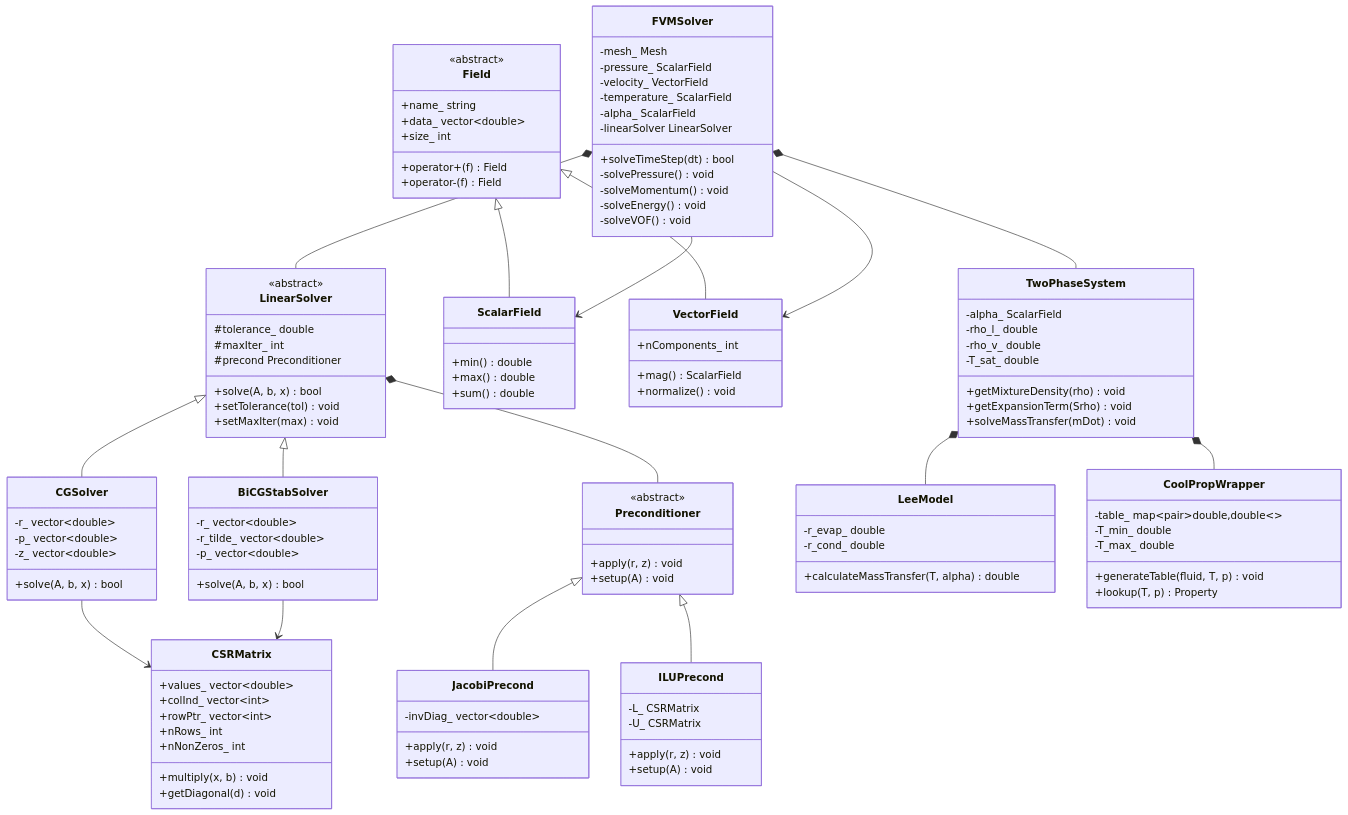
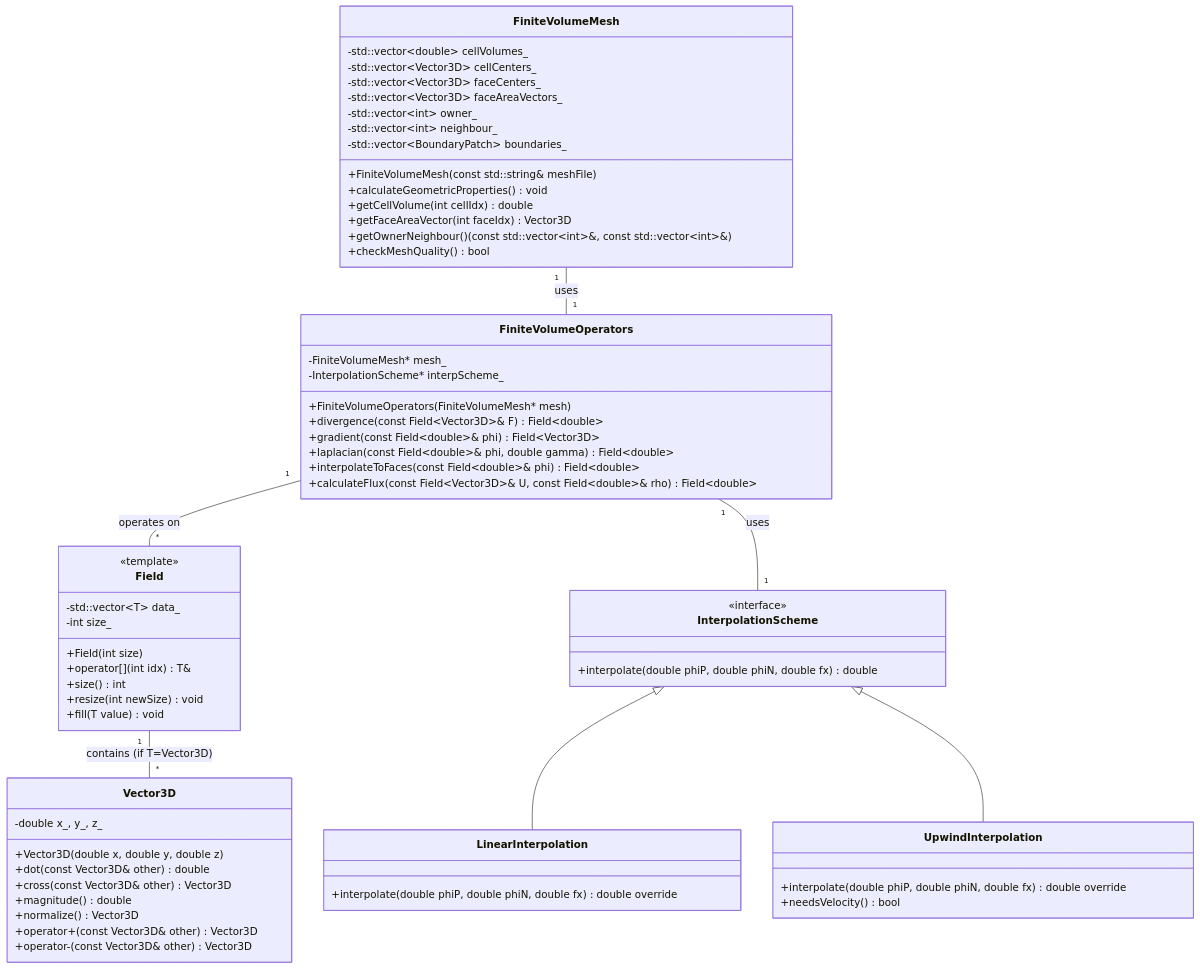
The diagram in daily_learning/2026-01-02.md (wramet/build-my-cfd), drawn with Mermaid before and after one commit. The commit also changed other lines of this file, not shown here.

````diff
--- a/daily_learning/2026-01-02.md
+++ b/daily_learning/2026-01-02.md
@@ -436,130 +431,72 @@
 ```mermaid
 classDiagram
-    class LinearSolver {
-        <<abstract>>
-        +solve(A, b, x) bool
-        +setTolerance(tol) void
-        +setMaxIter(max) void
-        #tolerance_ double
-        #maxIter_ int
-        #precond Preconditioner
+    class FiniteVolumeMesh {
+        -std::vector~double~ cellVolumes_
+        -std::vector~Vector3D~ cellCenters_
+        -std::vector~Vector3D~ faceCenters_
+        -std::vector~Vector3D~ faceAreaVectors_
+        -std::vector~int~ owner_
+        -std::vector~int~ neighbour_
+        -std::vector~BoundaryPatch~ boundaries_
+        +FiniteVolumeMesh(const std::string& meshFile)
+        +calculateGeometricProperties() void
+        +getCellVolume(int cellIdx) double
+        +getFaceAreaVector(int faceIdx) Vector3D
+        +getOwnerNeighbour() (const std::vector~int~&, const std::vector~int~&)
+        +checkMeshQuality() bool
     }
     
-    class CGSolver {
-        -r_ vector~double~
-        -p_ vector~double~
-        -z_ vector~double~
-        +solve(A, b, x) bool
-    }
-    
-    class BiCGStabSolver {
-        -r_ vector~double~
-        -r_tilde_ vector~double~
-        -p_ vector~double~
-        +solve(A, b, x) bool
-    }
-    
-    class Preconditioner {
-        <<abstract>>
-        +apply(r, z) void
-        +setup(A) void
-    }
-    
-    class JacobiPrecond {
-        -invDiag_ vector~double~
-        +apply(r, z) void
-        +setup(A) void
-    }
-    
-    class ILUPrecond {
-        -L_ CSRMatrix
-        -U_ CSRMatrix
-        +apply(r, z) void
-        +setup(A) void
-    }
-    
-    class CSRMatrix {
-        +values_ vector~double~
-        +colInd_ vector~int~
-        +rowPtr_ vector~int~
-        +nRows_ int
-        +nNonZeros_ int
-        +multiply(x, b) void
-        +getDiagonal(d) void
+    class FiniteVolumeOperators {
+        -FiniteVolumeMesh* mesh_
+        -InterpolationScheme* interpScheme_
+        +FiniteVolumeOperators(FiniteVolumeMesh* mesh)
+        +divergence(const Field~Vector3D~& F) Field~double~
+        +gradient(const Field~double~& phi) Field~Vector3D~
+        +laplacian(const Field~double~& phi, double gamma) Field~double~
+        +interpolateToFaces(const Field~double~& phi) Field~double~
+        +calculateFlux(const Field~Vector3D~& U, const Field~double~& rho) Field~double~
     }
     
     class Field {
-        <<abstract>>
-        +name_ string
-        +data_ vector~double~
-        +size_ int
-        +operator+(f) Field
-        +operator-(f) Field
+        <<template>>
+        -std::vector~T~ data_
+        -int size_
+        +Field(int size)
+        +operator[](int idx) T&
+        +size() int
+        +resize(int newSize) void
+        +fill(T value) void
     }
     
-    class ScalarField {
-        +min() double
-        +max() double
-        +sum() double
+    class Vector3D {
+        -double x_, y_, z_
+        +Vector3D(double x, double y, double z)
+        +dot(const Vector3D& other) double
+        +cross(const Vector3D& other) Vector3D
+        +magnitude() double
+        +normalize() Vector3D
+        +operator+(const Vector3D& other) Vector3D
+        +operator-(const Vector3D& other) Vector3D
     }
     
-    class VectorField {
-        +nComponents_ int
-        +mag() ScalarField
-        +normalize() void
+    class InterpolationScheme {
+        <<interface>>
+        +interpolate(double phiP, double phiN, double fx) double
     }
     
-    class TwoPhaseSystem {
-        -alpha_ ScalarField
-        -rho_l_ double
-        -rho_v_ double
-        -T_sat_ double
-        +getMixtureDensity(rho) void
-        +getExpansionTerm(Srho) void
-        +solveMassTransfer(mDot) void
+    class LinearInterpolation {
+        +interpolate(double phiP, double phiN, double fx) double override
     }
     
-    class LeeModel {
-        -r_evap_ double
-        -r_cond_ double
-        +calculateMassTransfer(T, alpha) double
+    class UpwindInterpolation {
+        +interpolate(double phiP, double phiN, double fx) double override
+        +needsVelocity() bool
     }
     
-    class CoolPropWrapper {
-        -table_ map~pair~double,double~~
-        -T_min_ double
-        -T_max_ double
-        +generateTable(fluid, T, p) void
-        +lookup(T, p) Property
-    }
-    
-    class FVMSolver {
-        -mesh_ Mesh
-        -pressure_ ScalarField
-        -velocity_ VectorField
-        -temperature_ ScalarField
-        -alpha_ ScalarField
-        -linearSolver LinearSolver
-        +solveTimeStep(dt) bool
-        -solvePressure() void
-        -solveMomentum() void
-        -solveEnergy() void
-        -solveVOF() void
-    }
-    
-    LinearSolver <|-- CGSolver
-    LinearSolver <|-- BiCGStabSolver
-    Preconditioner <|-- JacobiPrecond
-    Preconditioner <|-- ILUPrecond
-    LinearSolver *-- Preconditioner
-    CGSolver --> CSRMatrix
-    BiCGStabSolver --> CSRMatrix
-    Field <|-- ScalarField
-    Field <|-- VectorField
-    TwoPhaseSystem *-- LeeModel
-    TwoPhaseSystem *-- CoolPropWrapper
-    FVMSolver *-- TwoPhaseSystem
-    FVMSolver *-- LinearSolver
-    FVMSolver --> ScalarField
-    FVMSolver --> VectorField
+    FiniteVolumeMesh "1" -- "1" FiniteVolumeOperators : uses
+    FiniteVolumeOperators "1" -- "*" Field : operates on
+    FiniteVolumeOperators "1" -- "1" InterpolationScheme : uses
+    InterpolationScheme <|-- LinearInterpolation
+    InterpolationScheme <|-- UpwindInterpolation
+    Field "1" -- "*" Vector3D : contains (if T=Vector3D)
 ```
````
